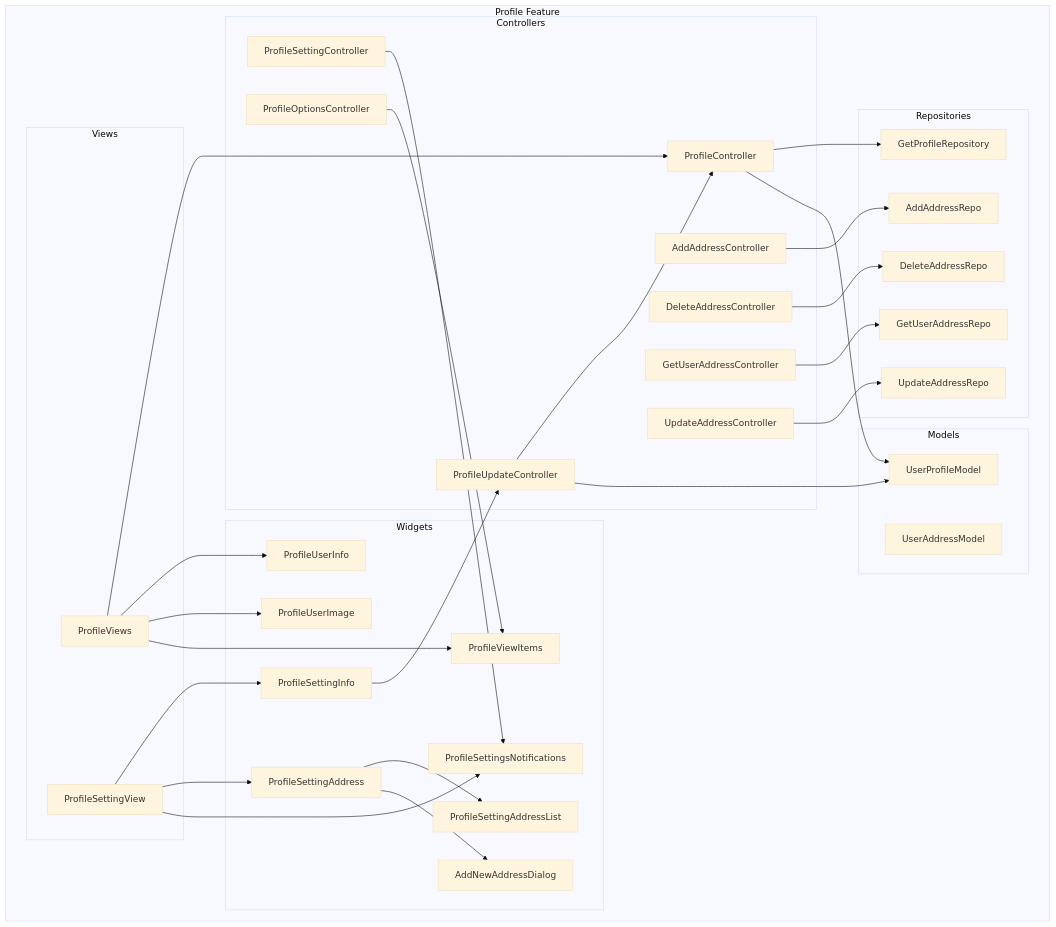
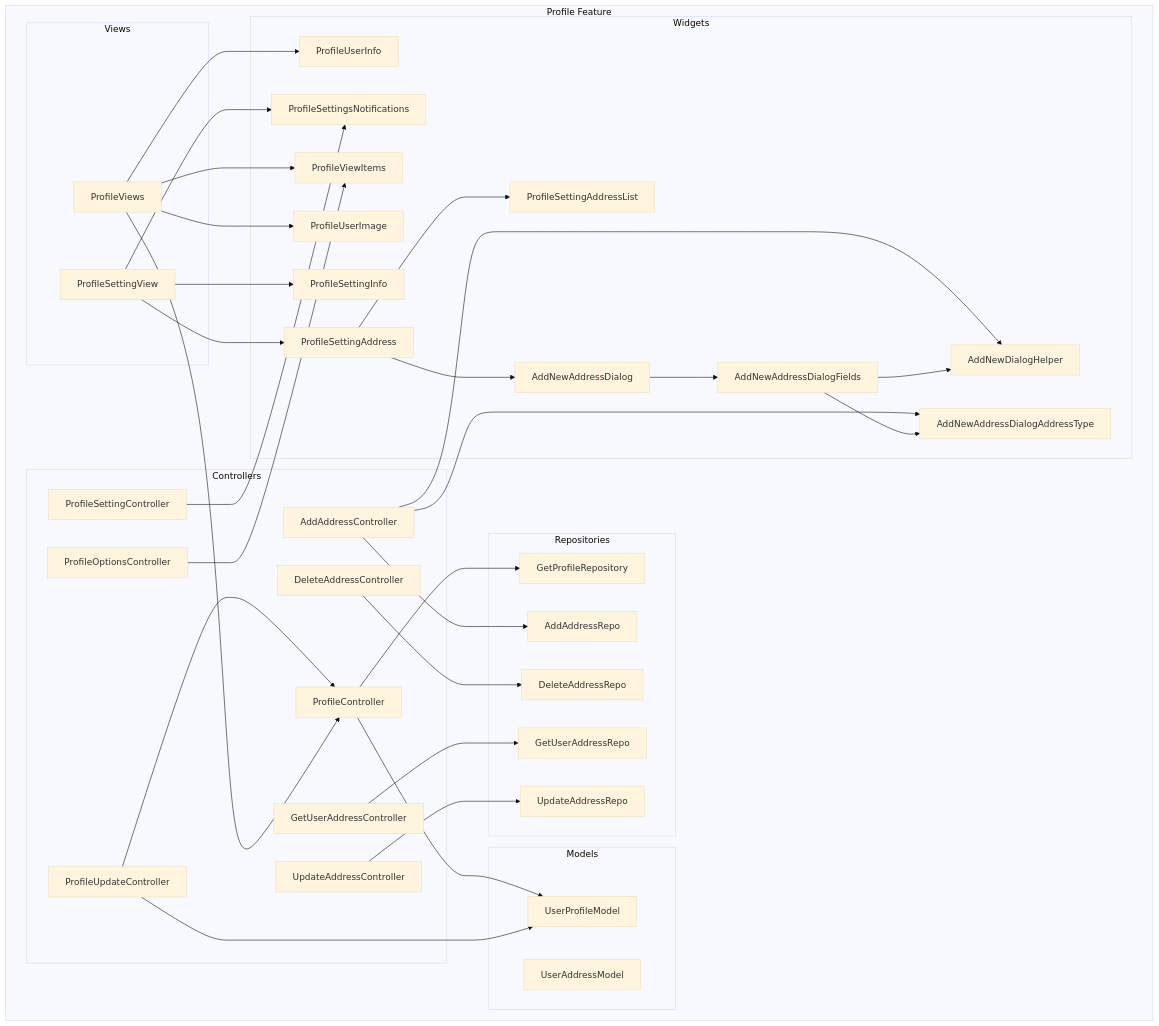
Before and after one commit to Ariful3111/FurniGo: the first of 9 diagrams in .qoder/repowiki/en/content/Core Features/User Profile Management/Profile Management.md, drawn with Mermaid (base theme). The commit also changed other lines of this file and 10 other files, not shown here.

````diff
--- a/.qoder/repowiki/en/content/Core Features/User Profile Management/Profile Management.md
+++ b/.qoder/repowiki/en/content/Core Features/User Profile Management/Profile Management.md
@@ -66,60 +77,67 @@
 ```mermaid
 graph TB
 subgraph "Profile Feature"
 subgraph "Controllers"
 PC["ProfileController"]
 PUC["ProfileUpdateController"]
 PSC["ProfileSettingController"]
 PAC["ProfileOptionsController"]
 AAC["AddAddressController"]
 DAC["DeleteAddressController"]
 GUAC["GetUserAddressController"]
 UAC["UpdateAddressController"]
 end
 subgraph "Repositories"
 GPR["GetProfileRepository"]
 AAR["AddAddressRepo"]
 DAR["DeleteAddressRepo"]
 GUAR["GetUserAddressRepo"]
 UAR["UpdateAddressRepo"]
 end
 subgraph "Models"
 UPM["UserProfileModel"]
 UAM["UserAddressModel"]
 end
 subgraph "Views"
 PV["ProfileViews"]
 PSV["ProfileSettingView"]
 end
 subgraph "Widgets"
 PUI["ProfileUserInfo"]
 PUM["ProfileUserImage"]
 PVI["ProfileViewItems"]
 PSI["ProfileSettingInfo"]
 PSA["ProfileSettingAddress"]
 PSAL["ProfileSettingAddressList"]
 ANAD["AddNewAddressDialog"]
+ANADF["AddNewAddressDialogFields"]
+ANADAT["AddNewAddressDialogAddressType"]
+ANDH["AddNewDialogHelper"]
 PSN["ProfileSettingsNotifications"]
 end
 end
 PC --> GPR
 PC --> UPM
 PUC --> PC
 PUC --> UPM
 PSC --> PSN
 PAC --> PVI
 AAC --> AAR
+AAC --> ANDH
+AAC --> ANADAT
 DAC --> DAR
 GUAC --> GUAR
 UAC --> UAR
 PV --> PC
 PV --> PUI
 PV --> PUM
 PV --> PVI
 PSV --> PSI
 PSV --> PSA
 PSV --> PSN
-PSI --> PUC
 PSA --> PSAL
 PSA --> ANAD
+ANAD --> ANADF
+ANADF --> ANADAT
+ANADF --> ANDH
 ```
````
